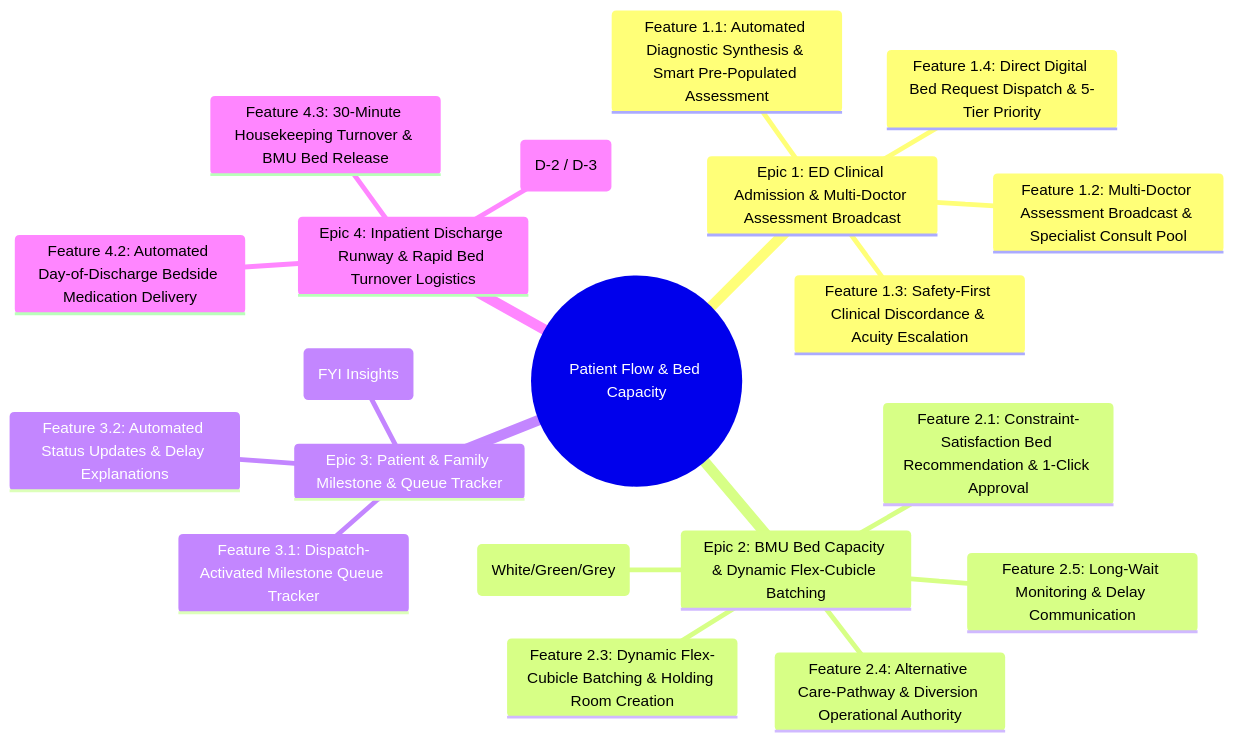
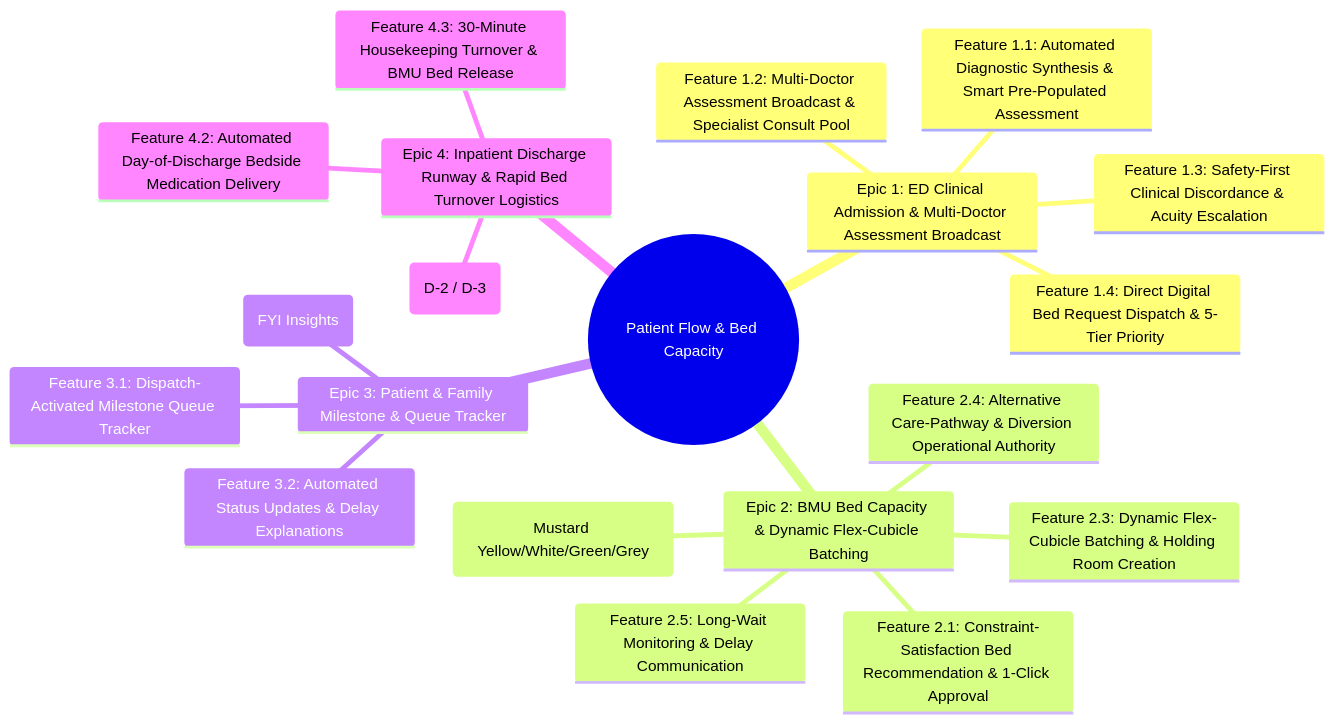
One commit to jrtan1191dev/enhance-hospital-admissions changed the diagram in product-idea/user-stories.md. Above: the diagram before and after it, drawn with Mermaid. The commit also changed other lines of this file and 9 other files, not shown here.

Commit message:
docs: Update bed state definitions to 4-color lifecycle in specs

````diff
--- a/product-idea/user-stories.md
+++ b/product-idea/user-stories.md
@@ -15,23 +15,23 @@
 ```mermaid
 mindmap
   root((Patient Flow & Bed Capacity))
     Epic 1: ED Clinical Admission & Multi-Doctor Assessment Broadcast
       Feature 1.1: Automated Diagnostic Synthesis & Smart Pre-Populated Assessment
       Feature 1.2: Multi-Doctor Assessment Broadcast & Specialist Consult Pool
       Feature 1.3: Safety-First Clinical Discordance & Acuity Escalation
       Feature 1.4: Direct Digital Bed Request Dispatch & 5-Tier Priority
     Epic 2: BMU Bed Capacity & Dynamic Flex-Cubicle Batching
       Feature 2.1: Constraint-Satisfaction Bed Recommendation & 1-Click Approval
-      Feature 2.2: Three-State Bed Lifecycle Machine (White/Green/Grey)
+      Feature 2.2: Four-State Bed Lifecycle Machine (Mustard Yellow/White/Green/Grey)
       Feature 2.3: Dynamic Flex-Cubicle Batching & Holding Room Creation
       Feature 2.4: Alternative Care-Pathway & Diversion Operational Authority
       Feature 2.5: Long-Wait Monitoring & Delay Communication
     Epic 3: Patient & Family Milestone & Queue Tracker
       Feature 3.1: Dispatch-Activated Milestone Queue Tracker
       Feature 3.2: Automated Status Updates & Delay Explanations
       Feature 3.3: Patient Financial & Care Explainer (FYI Insights)
     Epic 4: Inpatient Discharge Runway & Rapid Bed Turnover Logistics
       Feature 4.1: Multi-Day Runway & Potential Discharge Indicator (D-2 / D-3)
       Feature 4.2: Automated Day-of-Discharge Bedside Medication Delivery
       Feature 4.3: 30-Minute Housekeeping Turnover & BMU Bed Release
 ```
````
